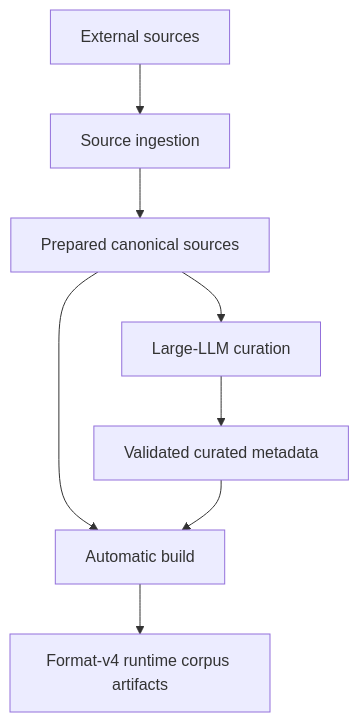
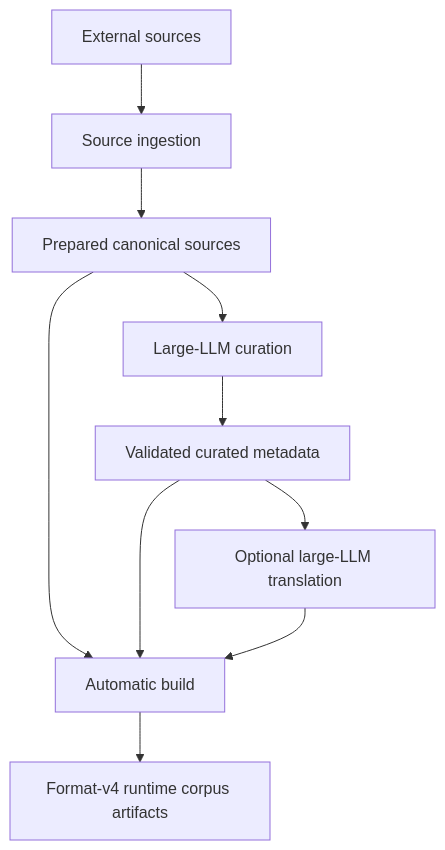
One commit to folk21/sibyl changed the diagram in corpus-builder/README.md. Above: the diagram before and after it, drawn with Mermaid. The commit also changed other lines of this file and 43 other files, not shown here.

````diff
--- a/corpus-builder/README.md
+++ b/corpus-builder/README.md
@@ -7,10 +7,12 @@
 ```mermaid
 flowchart TD
     U[External sources] --> S[Source ingestion]
     S --> P[Prepared canonical sources]
     P --> B[Automatic build]
     P --> C[Large-LLM curation]
     C --> M[Validated curated metadata]
+    M --> T[Optional large-LLM translation]
     M --> B
+    T --> B
     B --> R[Format-v4 runtime corpus artifacts]
 ```
````
